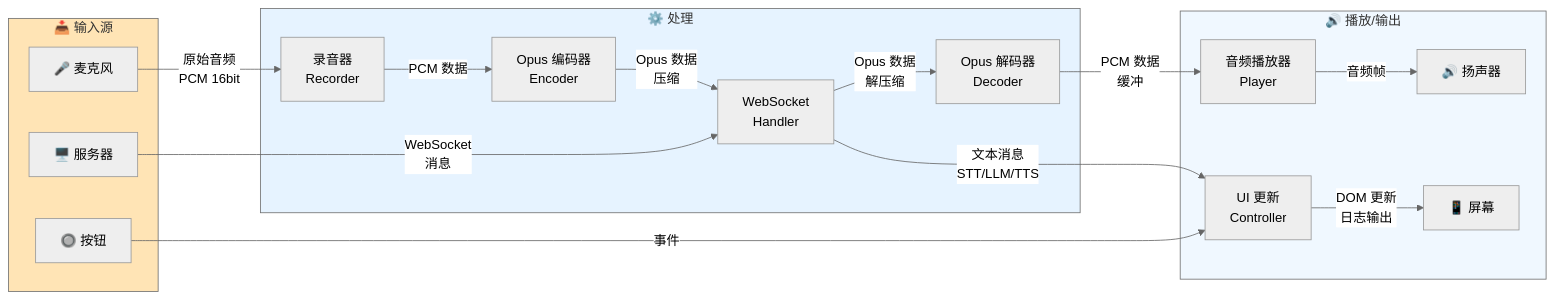
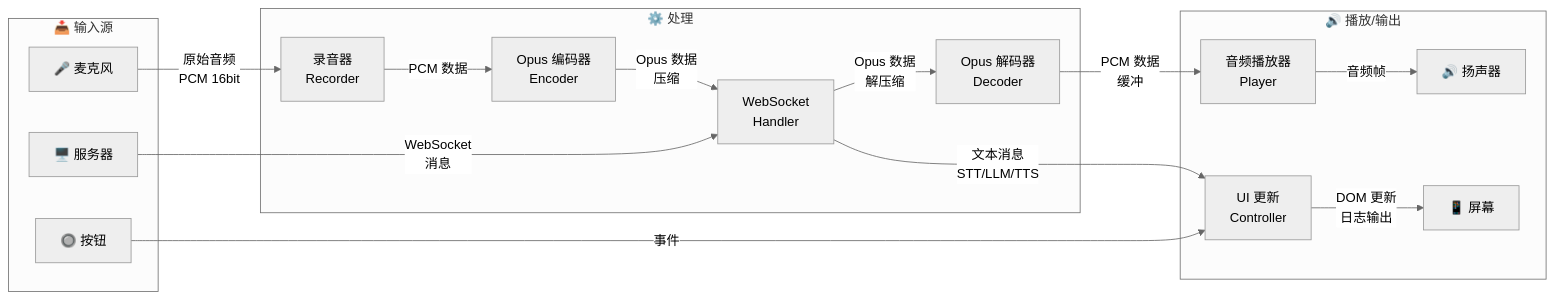
One commit to jihengzhang/xiaozhi-esp32-server changed diagram 22 of 41 in 设计说明.md. Above: the diagram before and after it, drawn with Mermaid (neutral theme). The commit also changed other lines of this file and 37 other files, not shown here.

````diff
--- a/设计说明.md
+++ b/设计说明.md
@@ -3313,41 +3959,38 @@
 ```mermaid
 graph LR
     subgraph Input["📥 输入源"]
         Mic["🎤 麦克风"]
         Button["🔘 按钮"]
         Server["🖥️ 服务器"]
     end
     
     subgraph Processing["⚙️ 处理"]
         Recorder["录音器<br/>Recorder"]
         WebSocket["WebSocket<br/>Handler"]
         Decoder["Opus 解码器<br/>Decoder"]
         Encoder["Opus 编码器<br/>Encoder"]
     end
     
     subgraph Playback["🔊 播放/输出"]
         Player["音频播放器<br/>Player"]
         UI["UI 更新<br/>Controller"]
         Speaker["🔊 扬声器"]
         Screen["📱 屏幕"]
     end
     
     Mic -->|原始音频<br/>PCM 16bit| Recorder
     Button -->|事件| UI
     Server -->|WebSocket<br/>消息| WebSocket
     
     Recorder -->|PCM 数据| Encoder
     Encoder -->|Opus 数据<br/>压缩| WebSocket
     
     WebSocket -->|Opus 数据<br/>解压缩| Decoder
     WebSocket -->|文本消息<br/>STT/LLM/TTS| UI
     
     Decoder -->|PCM 数据<br/>缓冲| Player
     Player -->|音频帧| Speaker
     
     UI -->|DOM 更新<br/>日志输出| Screen
     
-    style Input fill:#FFE4B5
-    style Processing fill:#E6F3FF
-    style Playback fill:#F0F8FF
 ```
````
